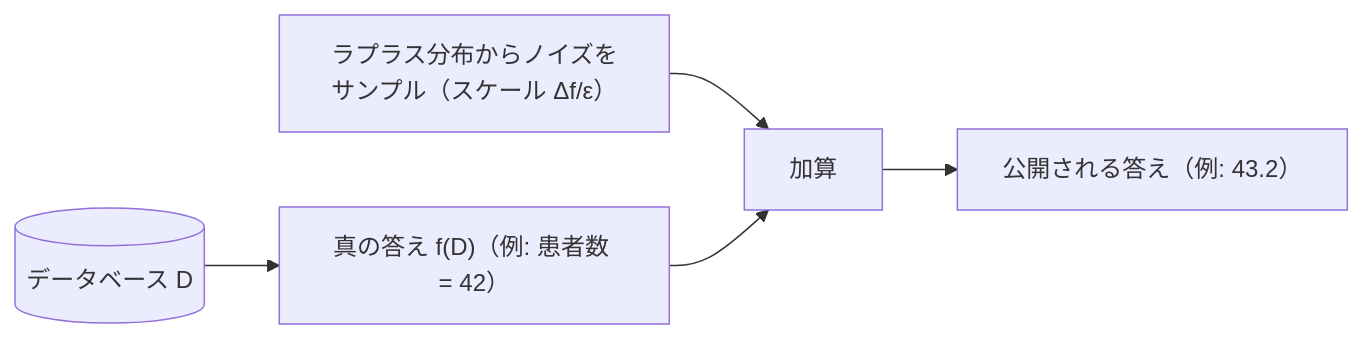
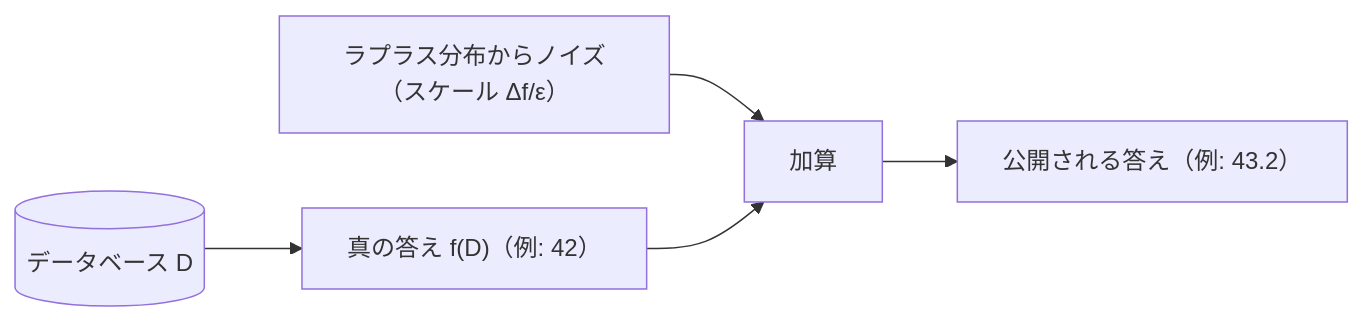
Before and after one commit to SomaTomita/sec-prep: the diagram in topics/03_privacy/02_anonymization-and-dp.md, drawn with Mermaid. The commit also changed other lines of this file and 4 other files, not shown here.

````diff
--- a/topics/03_privacy/02_anonymization-and-dp.md
+++ b/topics/03_privacy/02_anonymization-and-dp.md
@@ -123,6 +89,6 @@
 ```mermaid
 flowchart LR
-    D[("データベース D")] --> F["真の答え f(D)（例: 患者数 = 42）"]
-    L["ラプラス分布からノイズをサンプル（スケール Δf/ε）"] --> ADD
+    D[("データベース D")] --> F["真の答え f(D)（例: 42）"]
+    L["ラプラス分布からノイズ（スケール Δf/ε）"] --> ADD
     F --> ADD["加算"] --> OUT["公開される答え（例: 43.2）"]
 ```
````
